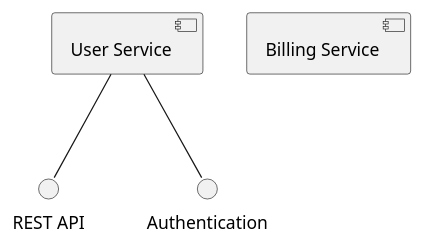
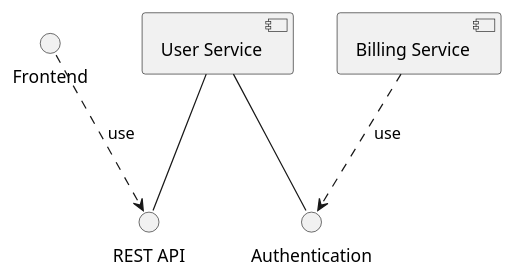
One commit to qamaruddin-qureshi/fyp-uml-diagram-generator changed the diagram in user_stories/golden_puml/component/component_Structural_Case_31.puml. Above: the diagram before and after it, drawn with PlantUML. The commit also changed 22 other files, not shown here.

First line of the commit message:
feat: Enhance component diagram extraction with robust NLP and model optimization

```diff
--- a/user_stories/golden_puml/component/component_Structural_Case_31.puml
+++ b/user_stories/golden_puml/component/component_Structural_Case_31.puml
@@ -1,9 +1,11 @@
 @startuml
 skinparam componentStyle uml2
 component "User Service" as UserService
 component "Billing Service" as BillingService
 interface "REST API" as ifaceRESTAPI
 UserService -- ifaceRESTAPI
+Frontend ..> ifaceRESTAPI : use
 interface "Authentication" as ifaceAuthentication
 UserService -- ifaceAuthentication
+BillingService ..> ifaceAuthentication : use
 @enduml
```
